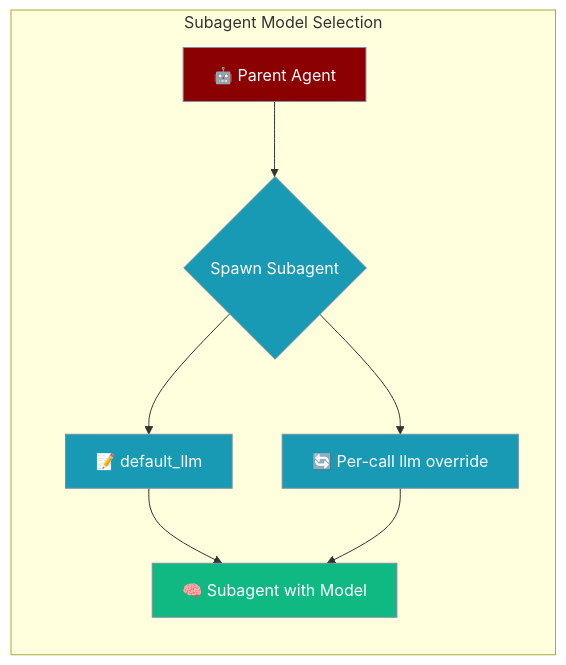
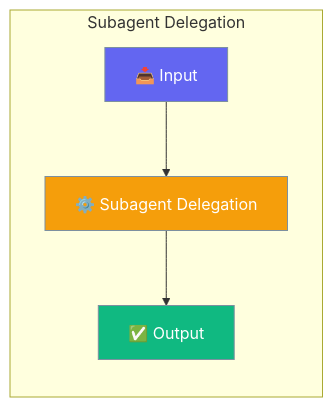
One commit to MervinPraison/PraisonAIDocs changed the diagram in docs/features/subagent-delegation.mdx. Above: the diagram before and after it, drawn with Mermaid. The commit also changed other lines of this file and 143 other files, not shown here.

First line of the commit message:
docs: AGENTS.md compliance sweep — mermaid, AccordionGroup, CardGroup, Steps (fixes #1000)

````diff
--- a/docs/features/subagent-delegation.mdx
+++ b/docs/features/subagent-delegation.mdx
@@ -187,18 +9,15 @@
 ```mermaid
 graph LR
-    subgraph "Subagent Model Selection"
-        A[🤖 Parent Agent] --> B{Spawn Subagent}
-        B --> C[📝 default_llm]
-        B --> D[🔄 Per-call llm override]
-        C --> E[🧠 Subagent with Model]
-        D --> E
+    subgraph "Subagent Delegation"
+        A[📥 Input] --> B[⚙️ Subagent Delegation]
+        B --> C[✅ Output]
     end
-    
-    classDef agent fill:#8B0000,stroke:#7C90A0,color:#fff
-    classDef config fill:#189AB4,stroke:#7C90A0,color:#fff
-    classDef result fill:#10B981,stroke:#7C90A0,color:#fff
-    
-    class A agent
-    class B,C,D config
-    class E result
+
+    classDef input fill:#6366F1,stroke:#7C90A0,color:#fff
+    classDef process fill:#F59E0B,stroke:#7C90A0,color:#fff
+    classDef output fill:#10B981,stroke:#7C90A0,color:#fff
+
+    class A input
+    class B process
+    class C output
 ```
````
